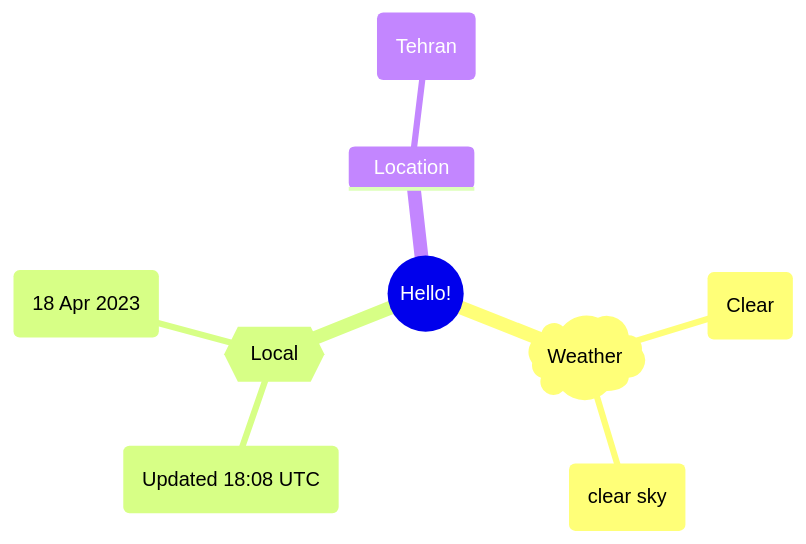
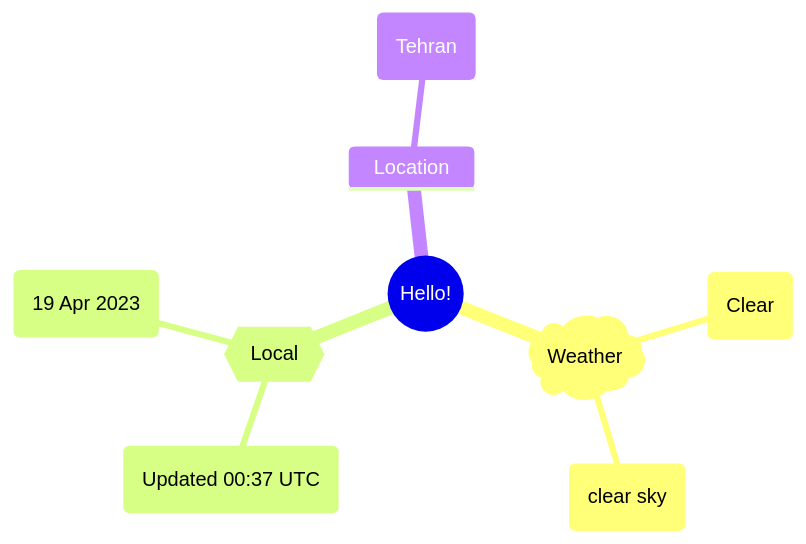
The first of 2 diagrams in README.md (Xosrov/Xosrov), drawn with Mermaid before and after one commit.

Commit message:
[bot] updated images

````diff
--- a/README.md
+++ b/README.md
@@ -3,12 +3,12 @@
 ```mermaid
 mindmap
   root((Hello!))
     )Weather(
         (Clear)
         (clear sky)
     {{Local}}
-        (Updated 18:08 UTC)
-        (18 Apr 2023)
+        (Updated 00:37 UTC)
+        (19 Apr 2023)
     Location
         (Tehran)
 ```
````
